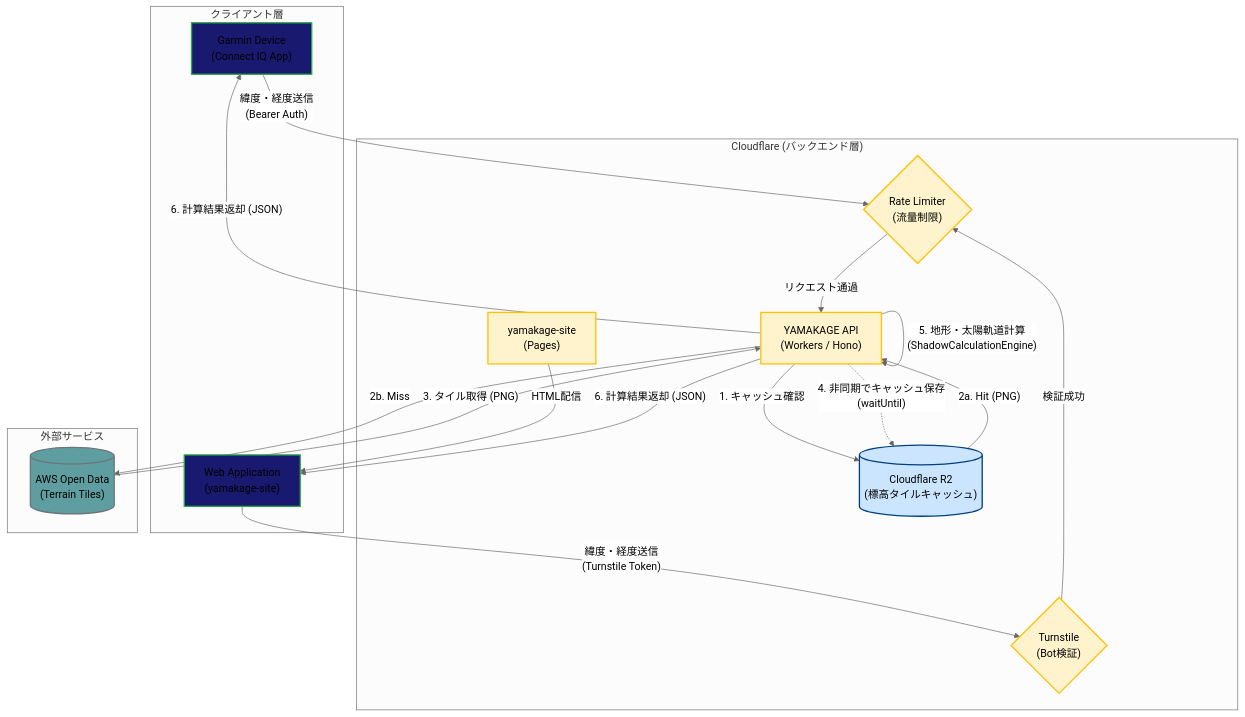
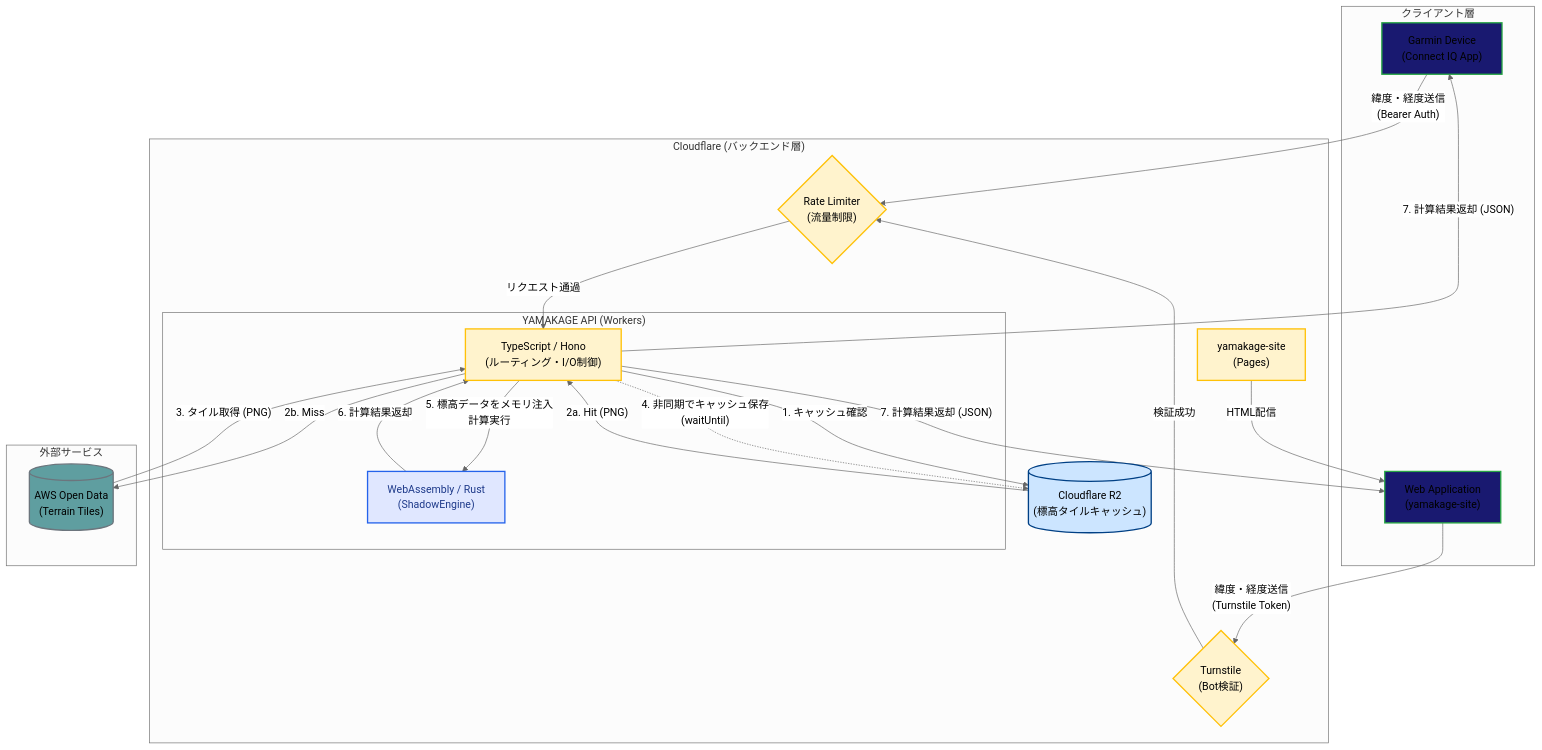
The diagram in docs/architecture/system-context.jpn.md (tomopumipumi/yamakage), drawn with Mermaid (neutral theme) before and after one commit. The commit also changed other lines of this file and 7 other files, not shown here.

````diff
--- a/docs/architecture/system-context.jpn.md
+++ b/docs/architecture/system-context.jpn.md
@@ -10,40 +13,49 @@
 ```mermaid
 flowchart TB
     classDef client fill:#191970,stroke:#28a745,stroke-width:2px;
     classDef cloudflare fill:#fff3cd,color:#000,stroke:#ffc107,stroke-width:2px;
+    classDef wasm fill:#e0e7ff,color:#1e3a8a,stroke:#2563eb,stroke-width:2px;
     classDef external fill:#5f9ea0 ,color:#000,stroke:#6c757d,stroke-width:2px;
     classDef database fill:#cce5ff,color:#000,stroke:#004085,stroke-width:2px;
 
     subgraph Clients ["クライアント層"]
         Garmin["Garmin Device\n(Connect IQ App)"]:::client
         Web["Web Application\n(yamakage-site)"]:::client
     end
 
     subgraph Cloudflare ["Cloudflare (バックエンド層)"]
         Turnstile{"Turnstile<br/>(Bot検証)"}:::cloudflare
         RateLimiter{"Rate Limiter<br/>(流量制限)"}:::cloudflare
-        API["YAMAKAGE API<br/>(Workers / Hono)"]:::cloudflare
+        
+        subgraph API_Layer ["YAMAKAGE API (Workers)"]
+            API["TypeScript / Hono<br/>(ルーティング・I/O制御)"]:::cloudflare
+            WASM["WebAssembly / Rust<br/>(ShadowEngine)"]:::wasm
+        end
+
         R2[("Cloudflare R2<br/>(標高タイルキャッシュ)")]:::database
         Pages["yamakage-site<br/>(Pages)"]:::cloudflare
     end
 
     subgraph External ["外部サービス"]
         AWS[("AWS Open Data<br/>(Terrain Tiles)")]:::external
     end
 
     Garmin -- "緯度・経度送信<br/>(Bearer Auth)" --> RateLimiter
     Web -- "緯度・経度送信<br/>(Turnstile Token)" --> Turnstile
     Turnstile -- "検証成功" --> RateLimiter
     RateLimiter -- "リクエスト通過" --> API
     Pages -- "HTML配信" --> Web
 
     API -- "1. キャッシュ確認" --> R2
     R2 -- "2a. Hit (PNG)" --> API
     API -- "2b. Miss" --> AWS
     AWS -- "3. タイル取得 (PNG)" --> API
     API -. "4. 非同期でキャッシュ保存<br/>(waitUntil)" .-> R2
 
-    API -- "5. 地形・太陽軌道計算<br/>(ShadowCalculationEngine)" --> API
-    API -- "6. 計算結果返却 (JSON)" --> Garmin
-    API -- "6. 計算結果返却 (JSON)" --> Web
+    API -- "5. 標高データをメモリ注入<br/>計算実行" --> WASM
+    WASM -- "6. 計算結果返却" --> API
+    
+    API -- "7. 計算結果返却 (JSON)" --> Garmin
+    API -- "7. 計算結果返却 (JSON)" --> Web
+
 ```
````
